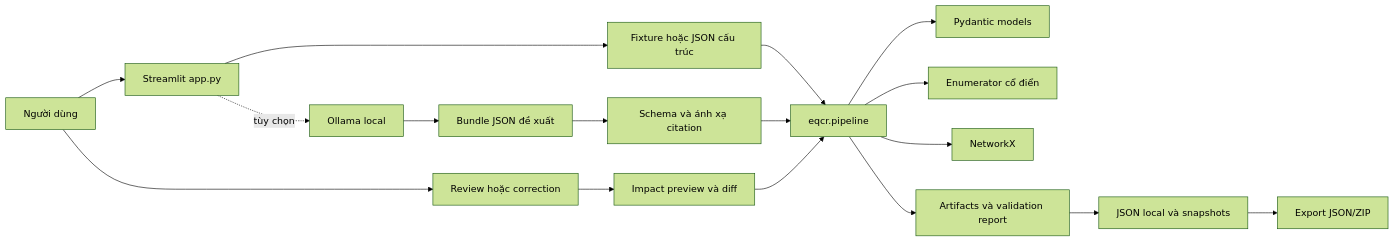
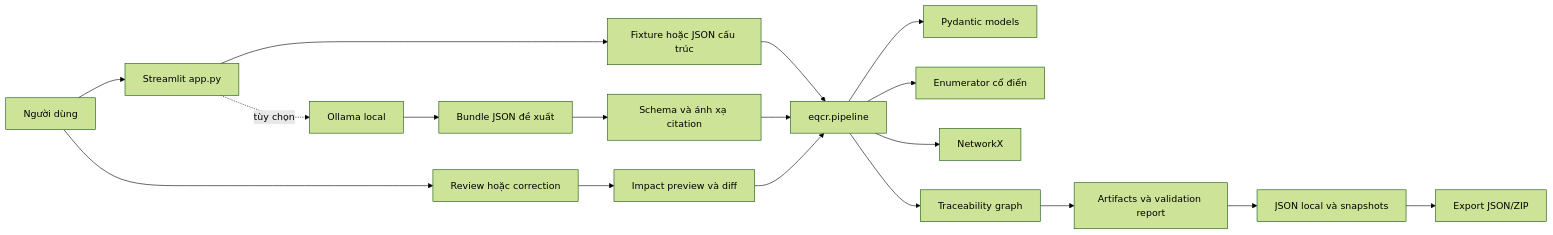
Before and after one commit to Achitechture-suggestive-system/quantumn-sync-char: the diagram in docs/03_ARCHITECTURE_AND_DATA_FLOW.md, drawn with Mermaid (forest theme). The commit also changed other lines of this file and 24 other files, not shown here.

````diff
--- a/docs/03_ARCHITECTURE_AND_DATA_FLOW.md
+++ b/docs/03_ARCHITECTURE_AND_DATA_FLOW.md
@@ -5,19 +5,20 @@
 ```mermaid
 flowchart LR
     U[Người dùng] --> UI[Streamlit app.py]
     UI --> FX[Fixture hoặc JSON cấu trúc]
     UI -. tùy chọn .-> OL[Ollama local]
     OL --> PB[Bundle JSON đề xuất]
     FX --> PL[eqcr.pipeline]
     PB --> EV[Schema và ánh xạ citation]
     EV --> PL
     PL --> MD[Pydantic models]
     PL --> OP[Enumerator cổ điển]
     PL --> NX[NetworkX]
-    PL --> AR[Artifacts và validation report]
+    PL --> TG[Traceability graph]
+    TG --> AR[Artifacts và validation report]
     U --> HR[Review hoặc correction]
     HR --> IM[Impact preview và diff]
     IM --> PL
     AR --> ST[JSON local và snapshots]
     ST --> ZIP[Export JSON/ZIP]
 ```
````
